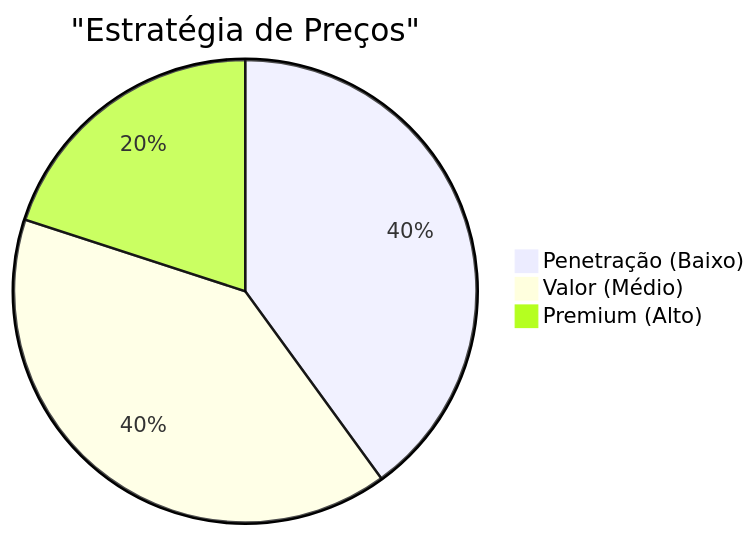
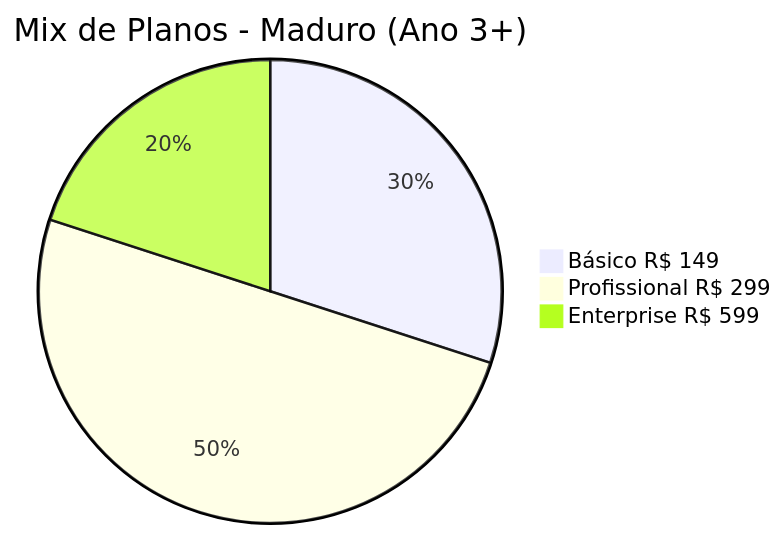
The seventh of 9 diagrams in documentation/docs/estrategia/go-to-market.mdx (matheusmendes720/workconnect-tcc), drawn with Mermaid before and after one commit. The commit also changed other lines of this file and 16 other files, not shown here.

````diff
--- a/documentation/docs/estrategia/go-to-market.mdx
+++ b/documentation/docs/estrategia/go-to-market.mdx
@@ -136,6 +200,6 @@
 ```mermaid
-pie title "Estratégia de Preços"
-    "Penetração (Baixo)" : 40
-    "Valor (Médio)" : 40
-    "Premium (Alto)" : 20
+pie title Mix de Planos - Maduro (Ano 3+)
+    "Básico R$ 149" : 30
+    "Profissional R$ 299" : 50
+    "Enterprise R$ 599" : 20
 ```
````
